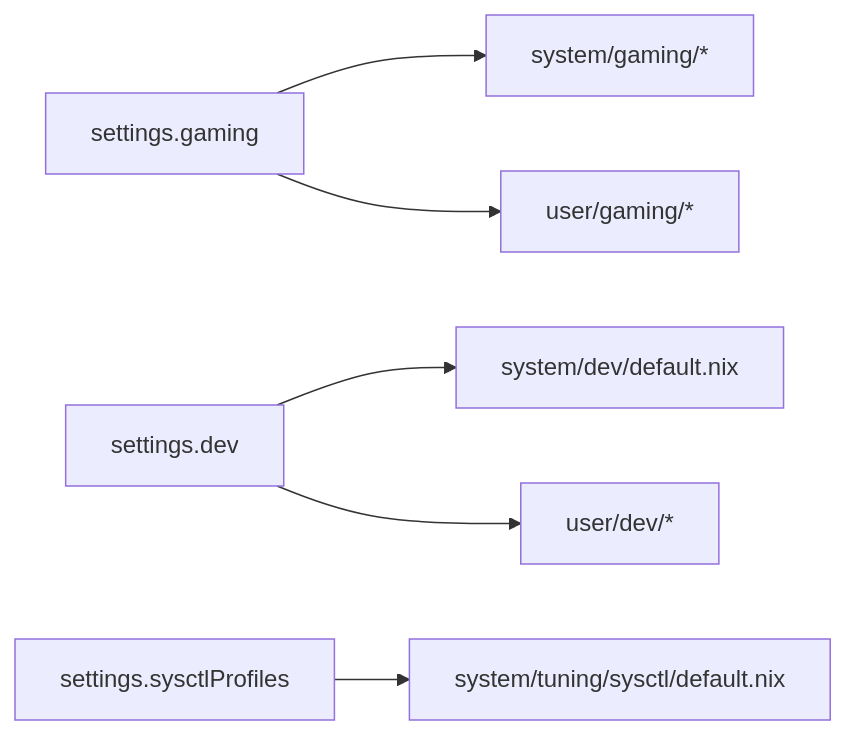
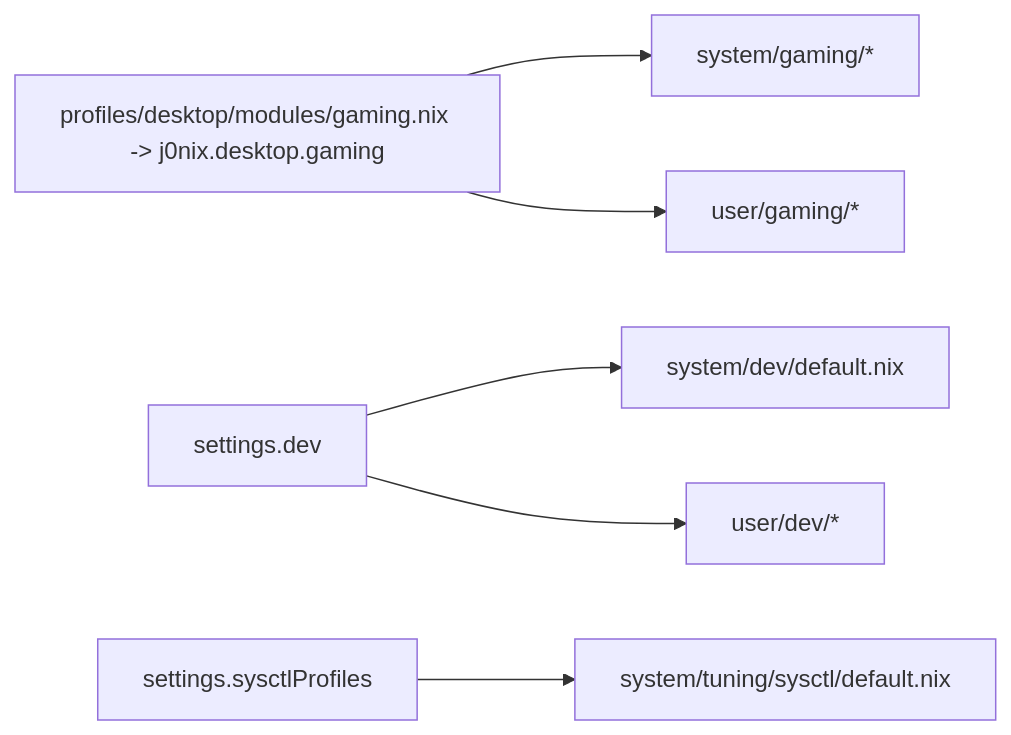
Before and after one commit to CodePixelWorks/j0nix-os: the ninth of 10 diagrams in docs/ARCHITECTURE.md, drawn with Mermaid. The commit also changed 3 other files, not shown here.

Commit message:
docs(gaming): update references to desktop gaming contract

````diff
--- a/docs/ARCHITECTURE.md
+++ b/docs/ARCHITECTURE.md
@@ -159,8 +159,8 @@
 ```mermaid
 flowchart LR
-  A[settings.gaming] --> B[system/gaming/*]
+  A[profiles/desktop/modules/gaming.nix -> j0nix.desktop.gaming] --> B[system/gaming/*]
   A --> C[user/gaming/*]
   D[settings.dev] --> E[system/dev/default.nix]
   D --> F[user/dev/*]
   G[settings.sysctlProfiles] --> H[system/tuning/sysctl/default.nix]
 ```
````
